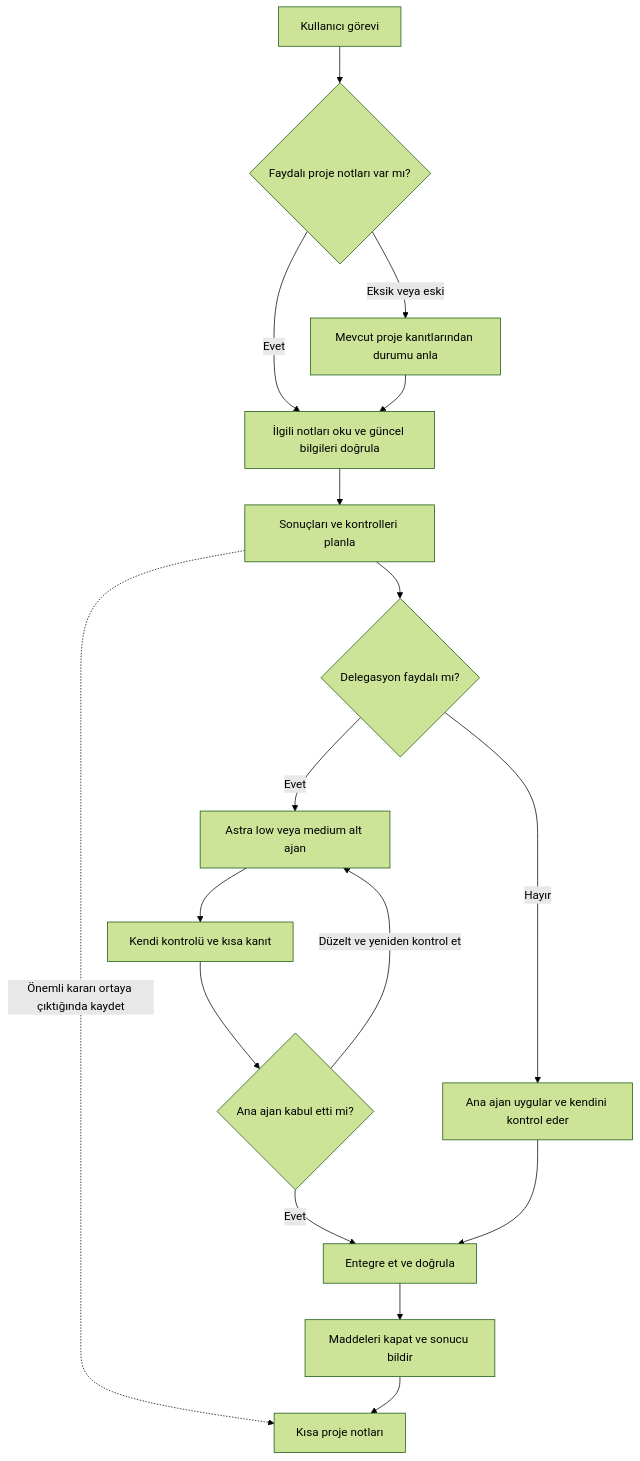
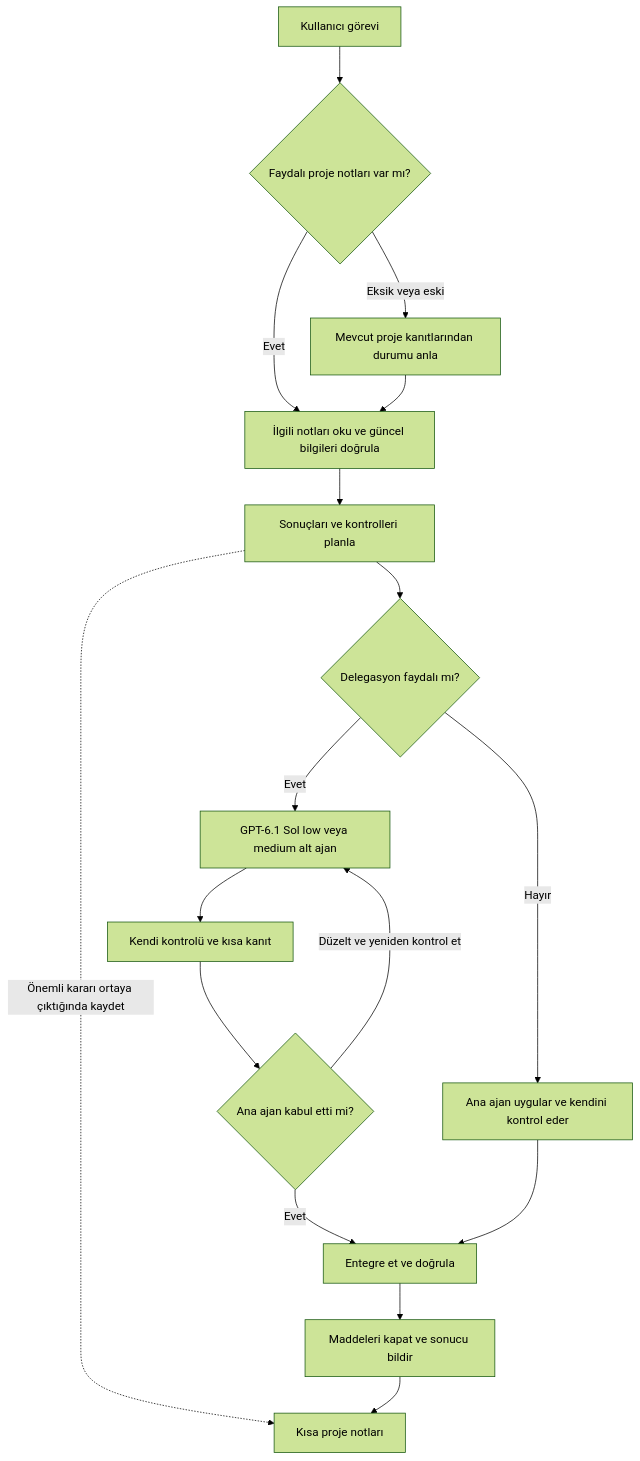
One commit to HakanBabus/AgentMaxxing changed the diagram in README_TR.md. Above: the diagram before and after it, drawn with Mermaid (forest theme). The commit also changed other lines of this file and 13 other files, not shown here.

Commit message:
Correct worker model to GPT-6.1 Sol

````diff
--- a/README_TR.md
+++ b/README_TR.md
@@ -52,19 +52,19 @@
 ```mermaid
 flowchart TD
     A[Kullanıcı görevi] --> B{Faydalı proje notları var mı?}
     B -->|Evet| C[İlgili notları oku ve güncel bilgileri doğrula]
     B -->|Eksik veya eski| D[Mevcut proje kanıtlarından durumu anla]
     D --> C
     C --> E[Sonuçları ve kontrolleri planla]
     E --> F{Delegasyon faydalı mı?}
     F -->|Hayır| G[Ana ajan uygular ve kendini kontrol eder]
-    F -->|Evet| H[Astra low veya medium alt ajan]
+    F -->|Evet| H[GPT-6.1 Sol low veya medium alt ajan]
     H --> I[Kendi kontrolü ve kısa kanıt]
     I --> J{Ana ajan kabul etti mi?}
     J -->|Düzelt ve yeniden kontrol et| H
     J -->|Evet| K[Entegre et ve doğrula]
     G --> K
     K --> L[Maddeleri kapat ve sonucu bildir]
     E -. Önemli kararı ortaya çıktığında kaydet .-> M[Kısa proje notları]
     L --> M
 ```
````
